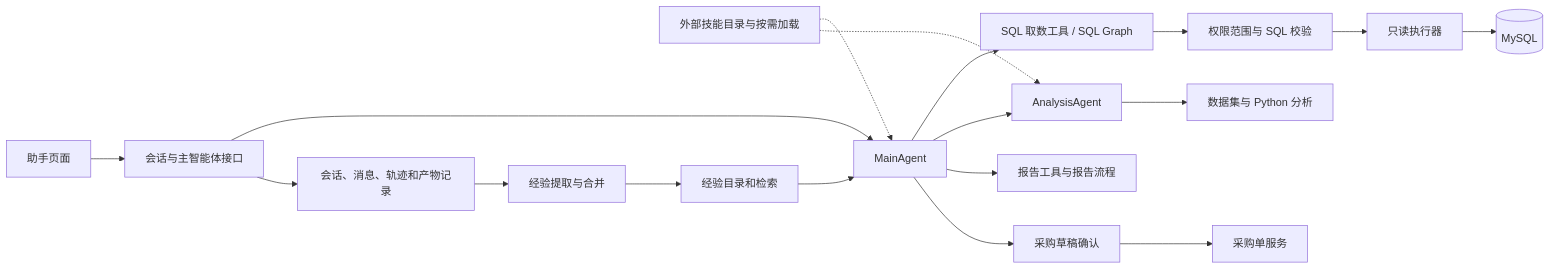
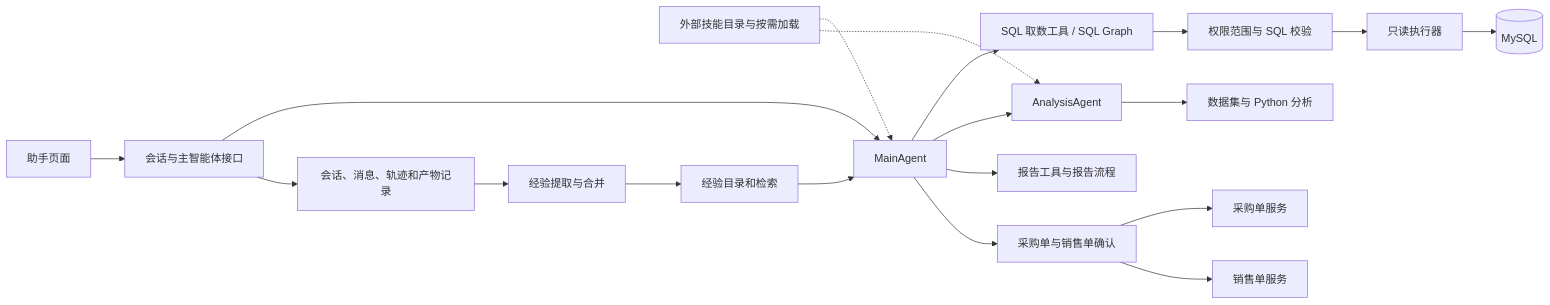
Before and after one commit to LI-S-H/qiheng-erp: the first of 2 diagrams in docs/architecture/ai.md, drawn with Mermaid. The commit also changed other lines of this file and 42 other files, not shown here.

````diff
--- a/docs/architecture/ai.md
+++ b/docs/architecture/ai.md
@@ -5,20 +5,21 @@
 ```mermaid
 flowchart LR
     UI[助手页面] --> API[会话与主智能体接口]
     API --> MAIN[MainAgent]
     MAIN --> SQL[SQL 取数工具 / SQL Graph]
     SQL --> GUARD[权限范围与 SQL 校验]
     GUARD --> READ[只读执行器]
     READ --> DB[(MySQL)]
     MAIN --> ANALYSIS[AnalysisAgent]
     ANALYSIS --> DATA[数据集与 Python 分析]
     MAIN --> REPORT[报告工具与报告流程]
-    MAIN --> DRAFT[采购草稿确认]
+    MAIN --> DRAFT[采购单与销售单确认]
     DRAFT --> PURCHASE[采购单服务]
+    DRAFT --> SALES[销售单服务]
     SKILL[外部技能目录与按需加载] -.-> MAIN
     SKILL -.-> ANALYSIS
     API --> STORE[会话、消息、轨迹和产物记录]
     STORE --> EXP[经验提取与合并]
     EXP --> CATALOG[经验目录和检索]
     CATALOG --> MAIN
 ```
````
